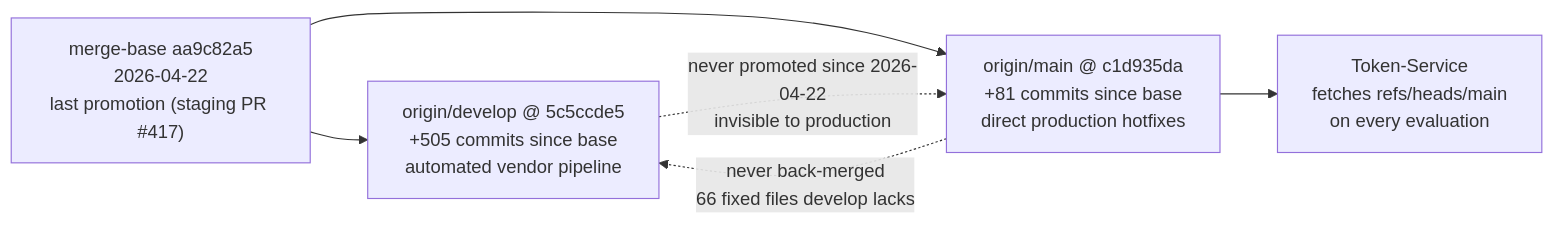
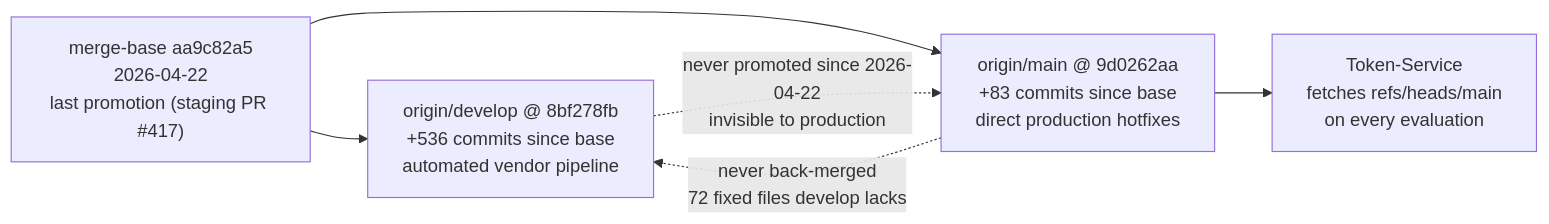
The first of 3 diagrams in docs2/13-release-and-branches.md (spektrum-labs/Transformations), drawn with Mermaid before and after one commit. The commit also changed other lines of this file and 6 other files, not shown here.

````diff
--- a/docs2/13-release-and-branches.md
+++ b/docs2/13-release-and-branches.md
@@ -20,12 +20,12 @@
 ```mermaid
 flowchart LR
     base["merge-base aa9c82a5<br/>2026-04-22<br/>last promotion (staging PR #417)"]
-    dev["origin/develop @ 5c5ccde5<br/>+505 commits since base<br/>automated vendor pipeline"]
-    prod["origin/main @ c1d935da<br/>+81 commits since base<br/>direct production hotfixes"]
+    dev["origin/develop @ 8bf278fb<br/>+536 commits since base<br/>automated vendor pipeline"]
+    prod["origin/main @ 9d0262aa<br/>+83 commits since base<br/>direct production hotfixes"]
     ts["Token-Service<br/>fetches refs/heads/main<br/>on every evaluation"]
     base --> dev
     base --> prod
     prod --> ts
     dev -. "never promoted since 2026-04-22<br/>invisible to production" .-> prod
-    prod -. "never back-merged<br/>66 fixed files develop lacks" .-> dev
+    prod -. "never back-merged<br/>72 fixed files develop lacks" .-> dev
 ```
````
